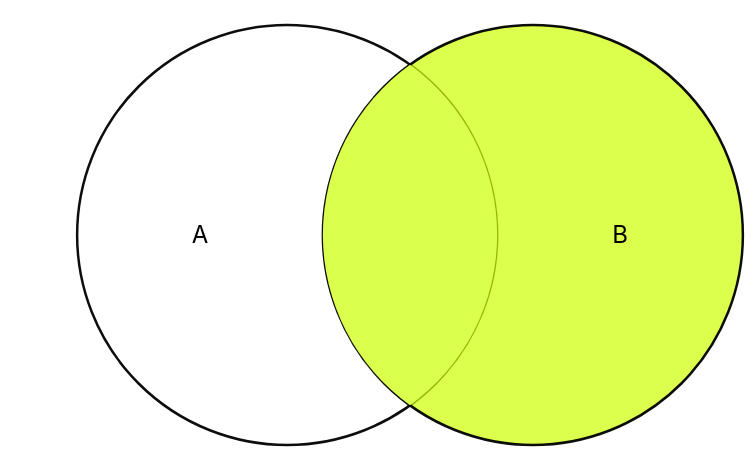
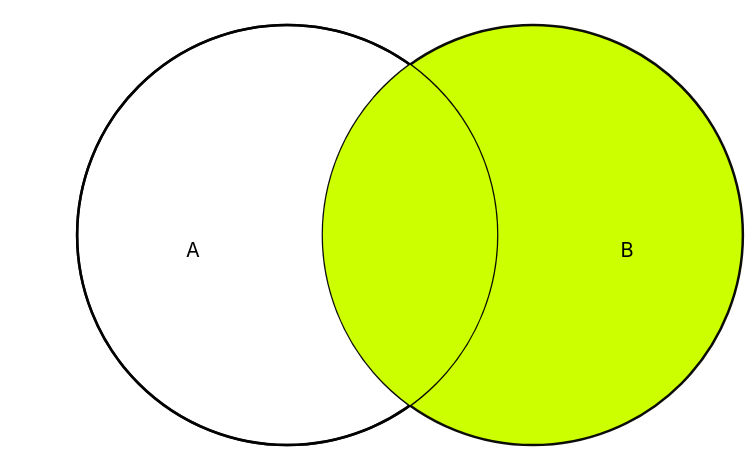
The fourth of 8 diagrams in src/main/resources/doc/guides/join_types.md (scyanth/plugin-join), drawn with Mermaid before and after one commit. The commit also changed other lines of this file, not shown here.

Commit message:
doc: fix colors of mermaid venn diagrams in join types guide

````diff
--- a/src/main/resources/doc/guides/join_types.md
+++ b/src/main/resources/doc/guides/join_types.md
@@ -60,9 +87,18 @@
 ```mermaid
 venn-beta
     set A:10
     set B:10
+        text labelB["B"]
+    set A2:10
+    union A,A2:10
+        text labelA["A"]
     union A,B:3
-    style A fill:#ffffff,fill-opacity:0,stroke:#000000,color:#000000
-    style B fill:#ccff00,fill-opacity:0.7,stroke:#000000,color:#000000
-    style A,B fill:#dbff4d
+    union A2,B:3
+    union A,A2,B:3
+    style A fill:#ffffff,fill-opacity:1,stroke:#000000,color:transparent
+    style B fill:#ccff00,fill-opacity:1,stroke:#000000,color:transparent
+    style A2 fill:#ffffff,fill-opacity:0,stroke:#000000,color:transparent
+    style A,A2,B fill:#ccff00
+    style labelA color:#000000
+    style labelB color:#000000
 ```
````
